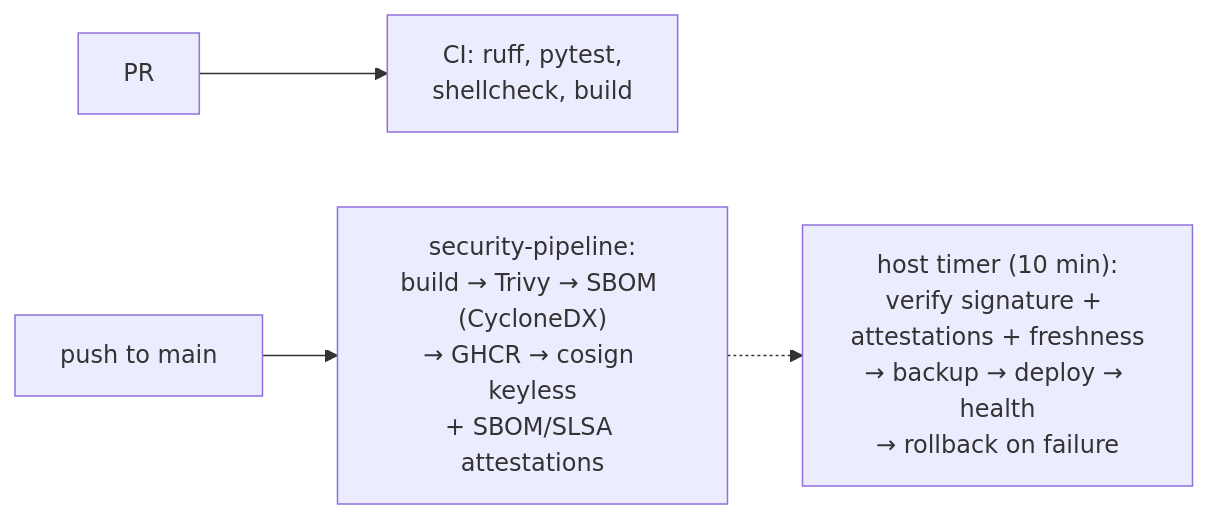
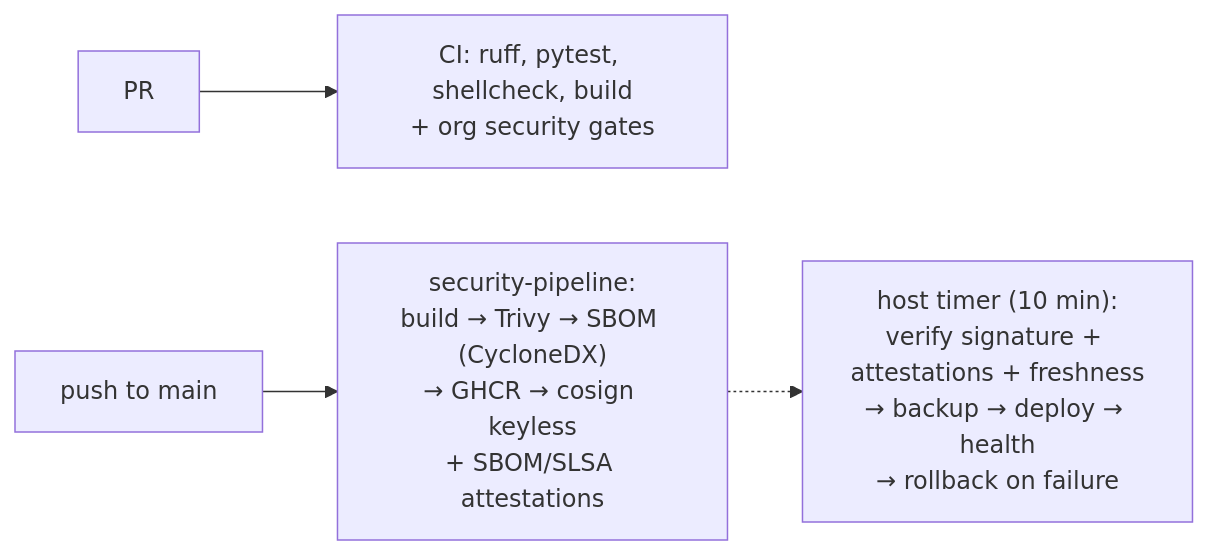
Before and after one commit to Pascal-Organisation/solar: the second of 2 diagrams in README.md, drawn with Mermaid.

Commit message:
README: document CI (org security gates, Renovate)
Claude-Session: https://claude.ai/code/session_01TGU8ua9ndVC855NiBiEEo5

````diff
--- a/README.md
+++ b/README.md
@@ -59,6 +59,6 @@
 ```mermaid
 flowchart LR
-  pr["PR"] --> ci["CI: ruff, pytest,<br/>shellcheck, build"]
+  pr["PR"] --> ci["CI: ruff, pytest, shellcheck, build<br/>+ org security gates"]
   main["push to main"] --> rel["security-pipeline:<br/>build → Trivy → SBOM (CycloneDX)<br/>→ GHCR → cosign keyless<br/>+ SBOM/SLSA attestations"]
   rel -.-> host["host timer (10 min):<br/>verify signature + attestations + freshness<br/>→ backup → deploy → health<br/>→ rollback on failure"]
 ```
````
